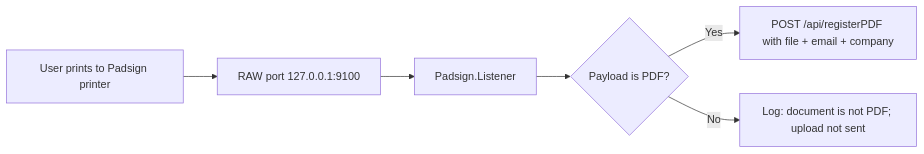
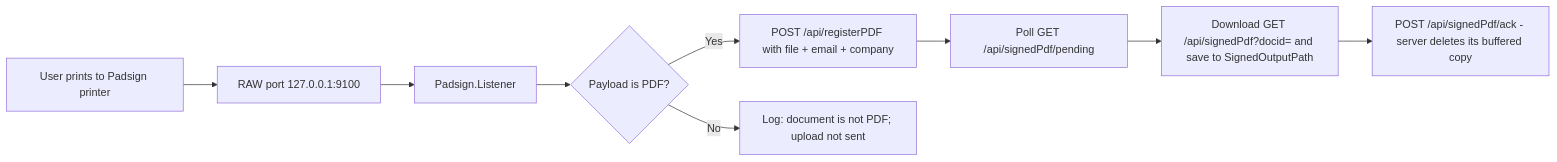
One commit to mihailsgo/padsign-virtual-driver changed the diagram in README.md. Above: the diagram before and after it, drawn with Mermaid. The commit also changed other lines of this file and 8 other files, not shown here.

````diff
--- a/README.md
+++ b/README.md
@@ -49,8 +49,11 @@
 ```mermaid
 flowchart LR
   A[User prints to Padsign printer] --> B[RAW port 127.0.0.1:9100]
   B --> C[Padsign.Listener]
   C --> D{Payload is PDF?}
   D -- Yes --> E[POST /api/registerPDF with file + email + company]
   D -- No --> F[Log: document is not PDF; upload not sent]
+  E --> G[Poll GET /api/signedPdf/pending]
+  G --> H[Download GET /api/signedPdf?docid= and save to SignedOutputPath]
+  H --> I[POST /api/signedPdf/ack - server deletes its buffered copy]
 ```
````
